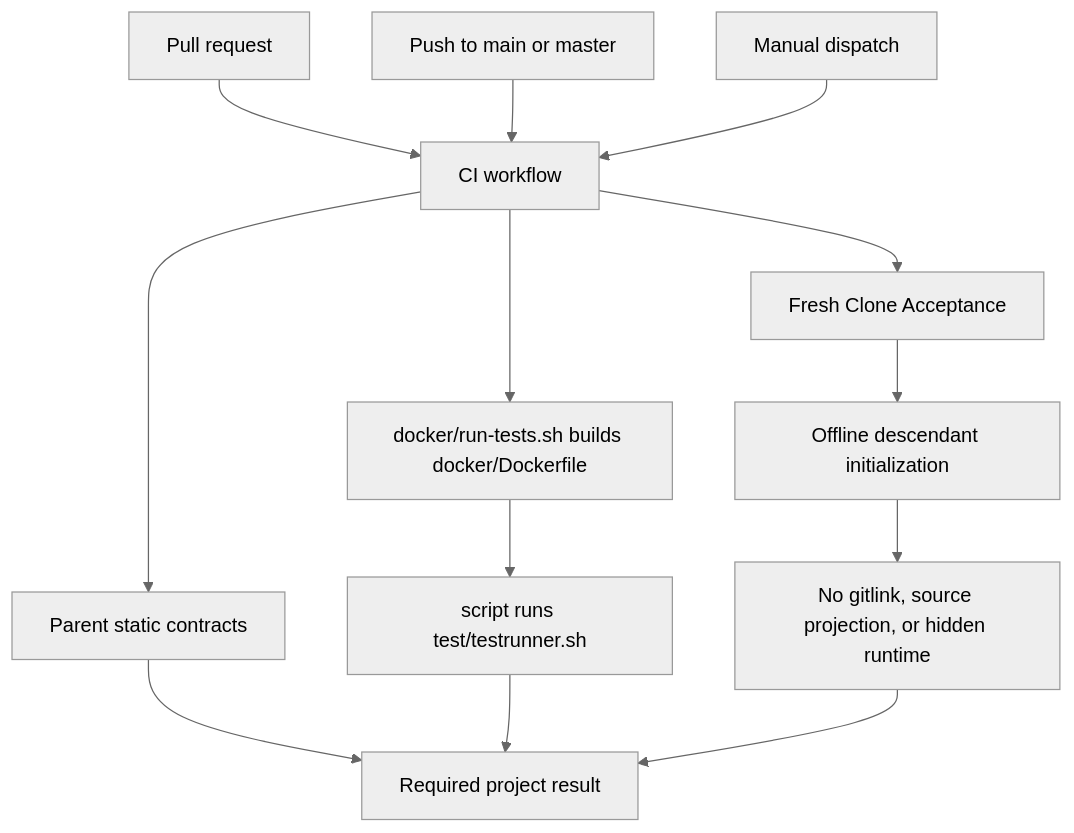
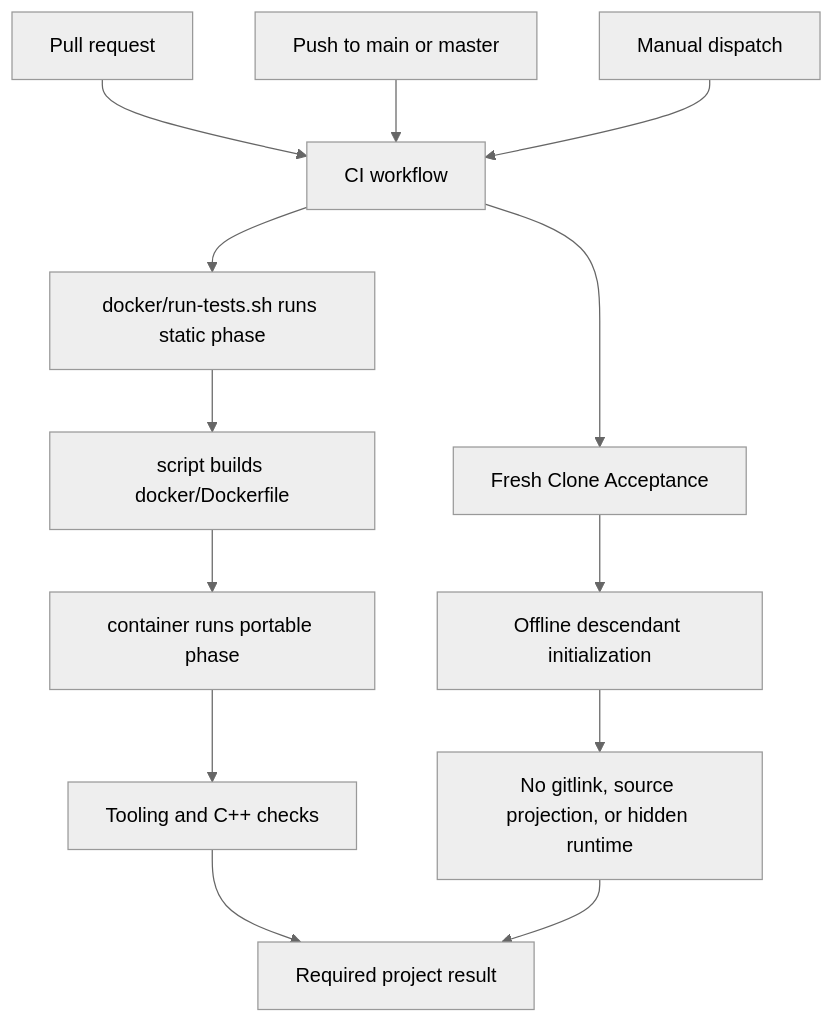
Before and after one commit to iwashita-nozomu/project_template: the diagram in documents/design/github-actions.md, drawn with Mermaid (neutral theme). The commit also changed other lines of this file and 27 other files, not shown here.

````diff
--- a/documents/design/github-actions.md
+++ b/documents/design/github-actions.md
@@ -24,15 +24,15 @@
 ```mermaid
 flowchart TD
   pr[Pull request] --> ci[CI workflow]
   push[Push to main or master] --> ci
   manual[Manual dispatch] --> ci
-  ci --> static[Parent static contracts]
-  ci --> build[docker/run-tests.sh builds docker/Dockerfile]
-  build --> run[script runs test/testrunner.sh]
+  ci --> static[docker/run-tests.sh runs static phase]
+  static --> build[script builds docker/Dockerfile]
+  build --> run[container runs portable phase]
+  run --> checks[Tooling and C++ checks]
   ci --> fresh[Fresh Clone Acceptance]
   fresh --> init[Offline descendant initialization]
   init --> boundary[No gitlink, source projection, or hidden runtime]
-  static --> result[Required project result]
-  run --> result
+  checks --> result[Required project result]
   boundary --> result
 ```
````
